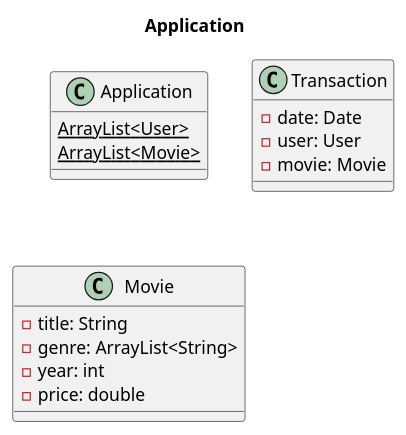
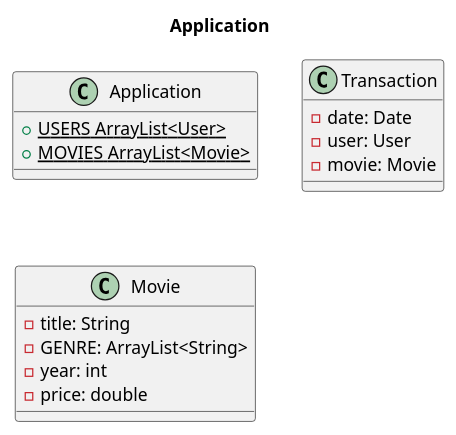
Before and after one commit to DrNeonsy/Java_Console-VOD-System: the diagram in src/main/java/Graphs/Scripts/Application.puml, drawn with PlantUML. The commit also changed 17 other files, not shown here.

```diff
--- a/src/main/java/Graphs/Scripts/Application.puml
+++ b/src/main/java/Graphs/Scripts/Application.puml
@@ -1,23 +1,23 @@
 @startuml
 
 title Application
 
 class Application {
-    {static} ArrayList<User>
-    {static} ArrayList<Movie>
+    +USERS ArrayList<User> {static}
+    +MOVIES ArrayList<Movie> {static}
 }
 
 class Transaction {
     -date: Date
     -user: User
     -movie: Movie
 }
 
 class Movie {
     -title: String
-    -genre: ArrayList<String>
+    -GENRE: ArrayList<String>
     -year: int
     -price: double
 }
 
 @enduml
```
